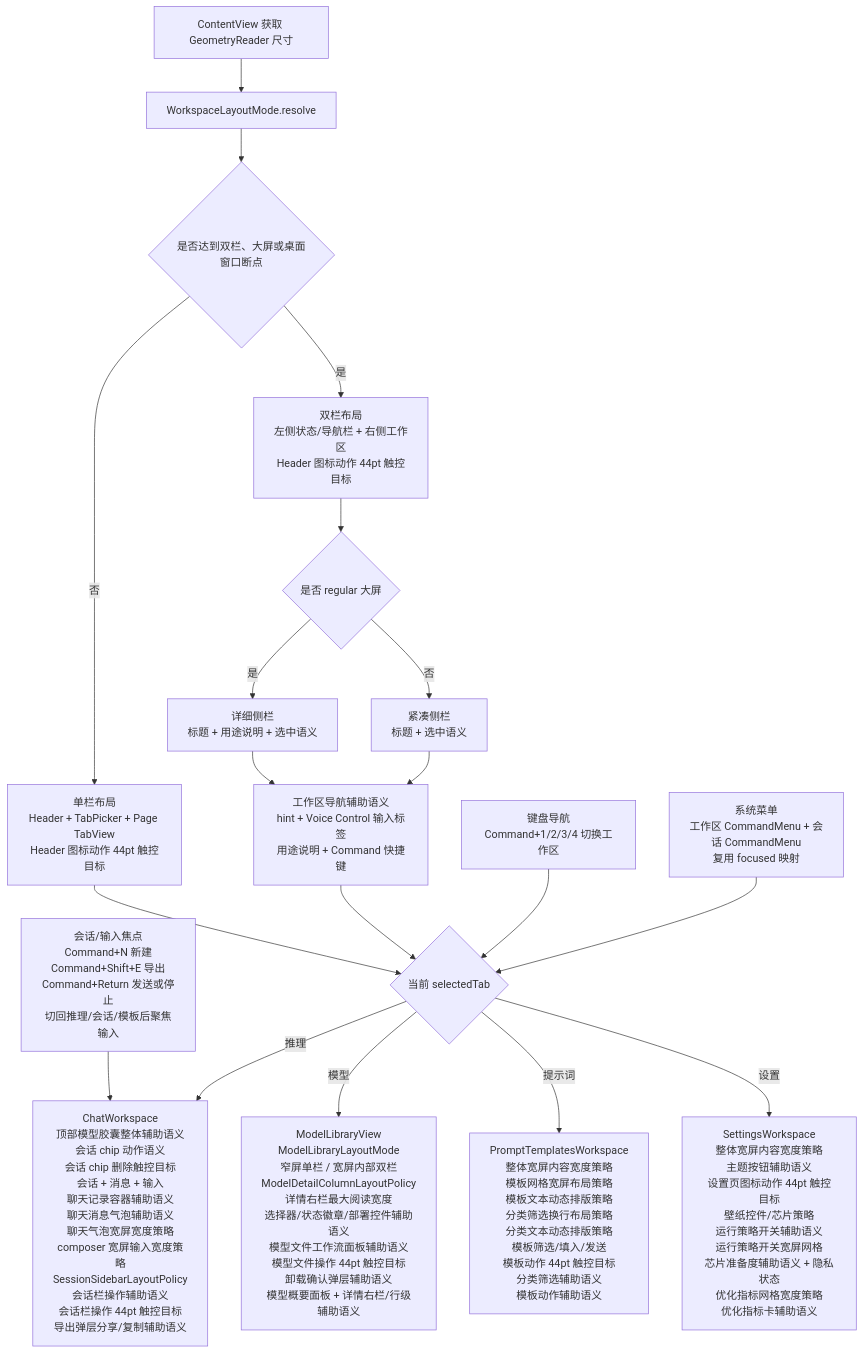
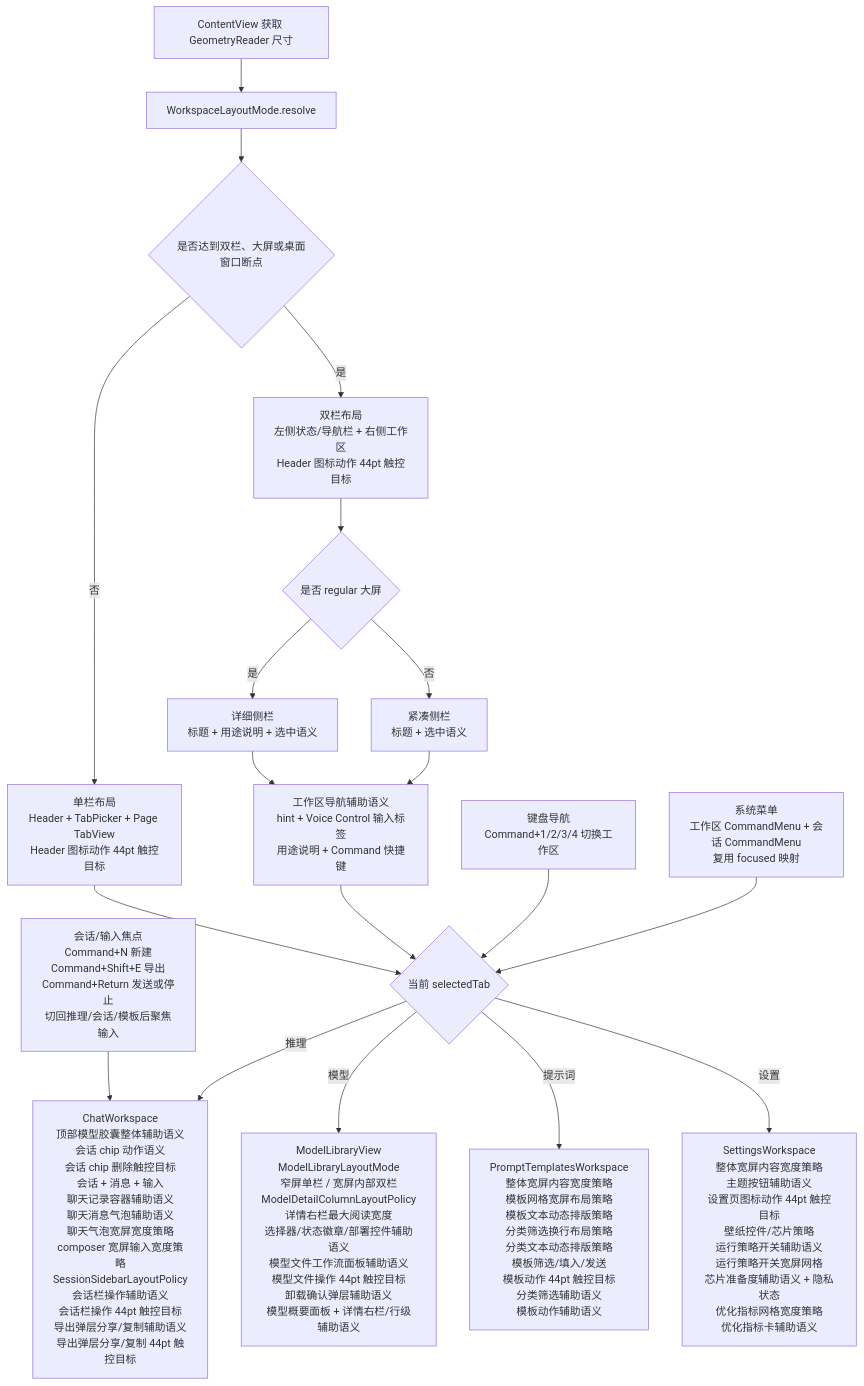
Before and after one commit to Altman-sam114/113: the fifth of 10 diagrams in md/flow/flowchart.md, drawn with Mermaid. The commit also changed other lines of this file and 8 other files, not shown here.

````diff
--- a/md/flow/flowchart.md
+++ b/md/flow/flowchart.md
@@ -84,21 +84,21 @@
 ```mermaid
 flowchart TD
     A[ContentView 获取 GeometryReader 尺寸] --> B[WorkspaceLayoutMode.resolve]
     B --> C{是否达到双栏、大屏或桌面窗口断点}
     C -- 否 --> D[单栏布局<br/>Header + TabPicker + Page TabView<br/>Header 图标动作 44pt 触控目标]
     C -- 是 --> E[双栏布局<br/>左侧状态/导航栏 + 右侧工作区<br/>Header 图标动作 44pt 触控目标]
     E --> N{是否 regular 大屏}
     N -- 是 --> O[详细侧栏<br/>标题 + 用途说明 + 选中语义]
     N -- 否 --> P[紧凑侧栏<br/>标题 + 选中语义]
     D --> F{当前 selectedTab}
     O --> X[工作区导航辅助语义<br/>hint + Voice Control 输入标签<br/>用途说明 + Command 快捷键]
     P --> X
     X --> F
     K[键盘导航<br/>Command+1/2/3/4 切换工作区] --> F
     M[系统菜单<br/>工作区 CommandMenu + 会话 CommandMenu<br/>复用 focused 映射] --> F
     L[会话/输入焦点<br/>Command+N 新建<br/>Command+Shift+E 导出<br/>Command+Return 发送或停止<br/>切回推理/会话/模板后聚焦输入] --> G
-    F -- 推理 --> G[ChatWorkspace<br/>顶部模型胶囊整体辅助语义<br/>会话 chip 动作语义<br/>会话 chip 删除触控目标<br/>会话 + 消息 + 输入<br/>聊天记录容器辅助语义<br/>聊天消息气泡辅助语义<br/>聊天气泡宽屏宽度策略<br/>composer 宽屏输入宽度策略<br/>SessionSidebarLayoutPolicy<br/>会话栏操作辅助语义<br/>会话栏操作 44pt 触控目标<br/>导出弹层分享/复制辅助语义]
+    F -- 推理 --> G[ChatWorkspace<br/>顶部模型胶囊整体辅助语义<br/>会话 chip 动作语义<br/>会话 chip 删除触控目标<br/>会话 + 消息 + 输入<br/>聊天记录容器辅助语义<br/>聊天消息气泡辅助语义<br/>聊天气泡宽屏宽度策略<br/>composer 宽屏输入宽度策略<br/>SessionSidebarLayoutPolicy<br/>会话栏操作辅助语义<br/>会话栏操作 44pt 触控目标<br/>导出弹层分享/复制辅助语义<br/>导出弹层分享/复制 44pt 触控目标]
     F -- 模型 --> H[ModelLibraryView<br/>ModelLibraryLayoutMode<br/>窄屏单栏 / 宽屏内部双栏<br/>ModelDetailColumnLayoutPolicy<br/>详情右栏最大阅读宽度<br/>选择器/状态徽章/部署控件辅助语义<br/>模型文件工作流面板辅助语义<br/>模型文件操作 44pt 触控目标<br/>卸载确认弹层辅助语义<br/>模型概要面板 + 详情右栏/行级辅助语义]
     F -- 提示词 --> I[PromptTemplatesWorkspace<br/>整体宽屏内容宽度策略<br/>模板网格宽屏布局策略<br/>模板文本动态排版策略<br/>分类筛选换行布局策略<br/>分类文本动态排版策略<br/>模板筛选/填入/发送<br/>模板动作 44pt 触控目标<br/>分类筛选辅助语义<br/>模板动作辅助语义]
     F -- 设置 --> J[SettingsWorkspace<br/>整体宽屏内容宽度策略<br/>主题按钮辅助语义<br/>设置页图标动作 44pt 触控目标<br/>壁纸控件/芯片策略<br/>运行策略开关辅助语义<br/>运行策略开关宽屏网格<br/>芯片准备度辅助语义 + 隐私状态<br/>优化指标网格宽度策略<br/>优化指标卡辅助语义]
 ```
````
